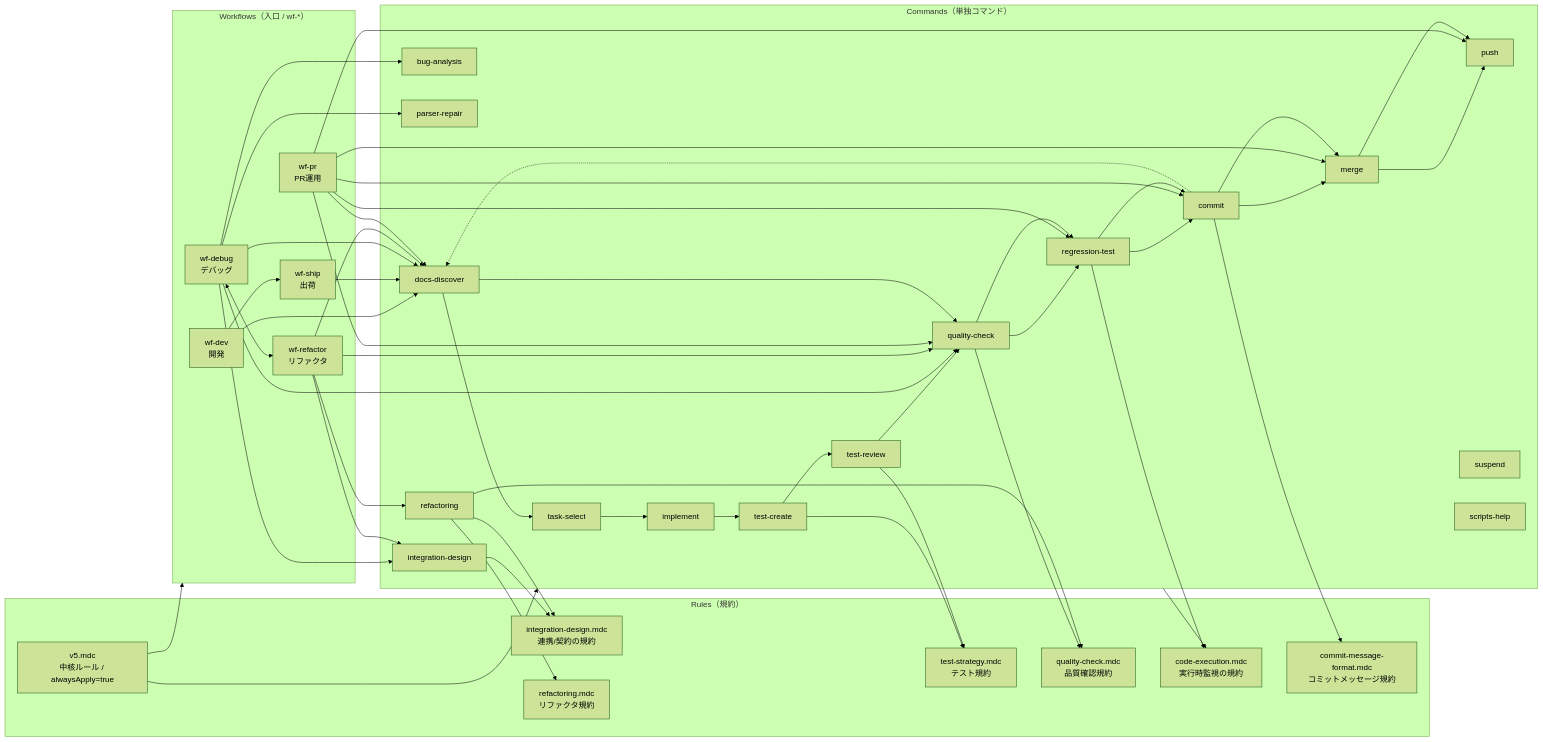
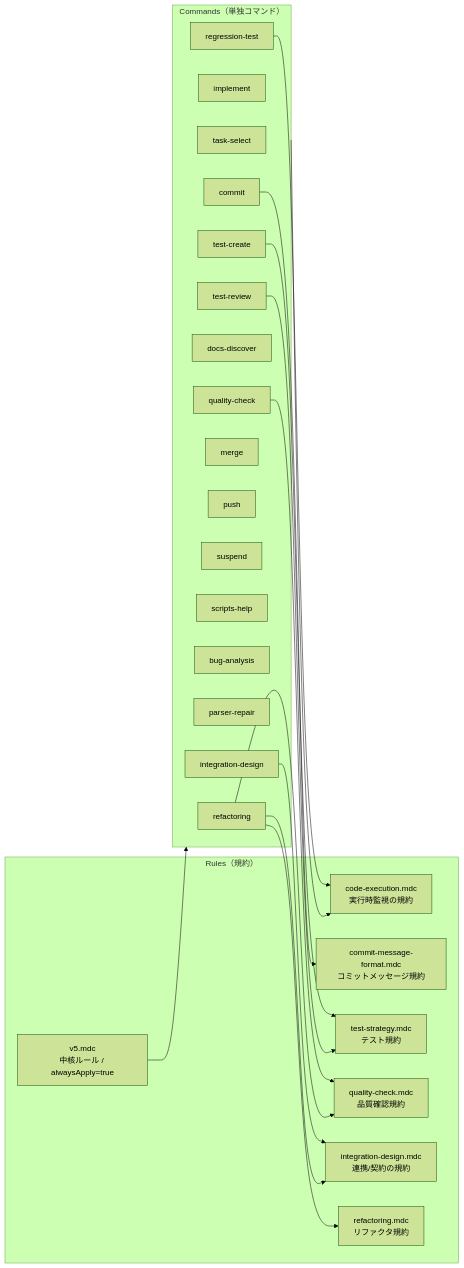
The diagram in docs/CURSOR_RULES_COMMANDS.md (k-shibuki/lyra), drawn with Mermaid (forest theme) before and after one commit. The commit also changed other lines of this file and 8 other files, not shown here.

First line of the commit message:
chore: remove wf-* workflow commands and update related docs

```diff
--- a/docs/CURSOR_RULES_COMMANDS.md
+++ b/docs/CURSOR_RULES_COMMANDS.md
@@ -24,14 +22,6 @@
     qc[quality-check.mdc<br/>品質確認規約]
     id[integration-design.mdc<br/>連携/契約の規約]
     rf[refactoring.mdc<br/>リファクタ規約]
-  end
-
-  subgraph WF[Workflows（入口 / wf-*）]
-    wfDev[wf-dev<br/>開発]
-    wfDbg[wf-debug<br/>デバッグ]
-    wfPR[wf-pr<br/>PR運用]
-    wfRef[wf-refactor<br/>リファクタ]
-    wfShip[wf-ship<br/>出荷]
   end
 
   subgraph CMD[Commands（単独コマンド）]
@@ -55,36 +45,7 @@
   end
 
   %% ========== Global ==========
-  v5 --> WF
   v5 --> CMD
-
-  %% ========== Workflow -> commands ==========
-  wfDev --> docsDisc --> taskSel --> impl --> tc --> tr --> qcc --> rt --> commit --> mc --> push
-  wfDbg --> integ
-  wfDbg --> bug
-  wfDbg --> pr
-  wfDbg --> qcc
-  wfRef --> ref
-  wfRef --> integ
-  wfRef --> qcc
-  wfPR --> qcc
-  wfPR --> rt
-  wfPR --> commit
-  wfPR --> mc
-  wfPR --> push
-  wfShip --> docsDisc --> qcc --> rt --> commit --> mc --> push
-
-  %% All workflows start by discovering related docs
-  wfDbg --> docsDisc
-  wfRef --> docsDisc
-  wfPR  --> docsDisc
-
-  %% Commit guarantees doc alignment before recording changes
-  commit -.-> docsDisc
-
-  %% ========== Handoff ==========
-  wfDbg <--> wfRef
-  wfDev --> wfShip
 
   %% ========== Command -> rules ==========
   CMD --> ce
```
